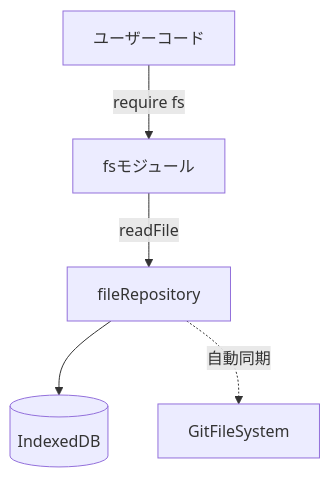
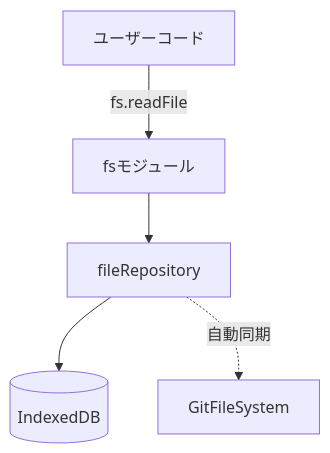
The tenth of 12 diagrams in docs/NODE-RUNTIME.md (Stasshe/Pyxis-CodeCanvas), drawn with Mermaid before and after one commit. The commit also changed other lines of this file and 3 other files, not shown here.

````diff
--- a/docs/NODE-RUNTIME.md
+++ b/docs/NODE-RUNTIME.md
@@ -533,13 +627,13 @@
 ```mermaid
 graph TB
     UserCode[ユーザーコード]
     FSModule[fsモジュール]
     FileRepo[fileRepository]
-    IndexedDB[(IndexedDB)]
+    IDB[(IndexedDB)]
     GitFS[GitFileSystem]
     
-    UserCode -->|require fs| FSModule
-    FSModule -->|readFile| FileRepo
-    FileRepo --> IndexedDB
+    UserCode -->|fs.readFile| FSModule
+    FSModule --> FileRepo
+    FileRepo --> IDB
     FileRepo -.自動同期.-> GitFS
 ```
````
